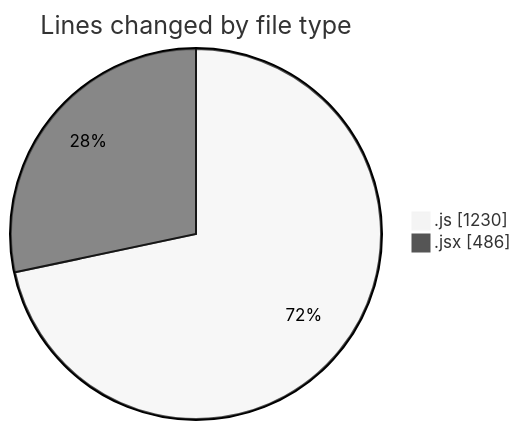
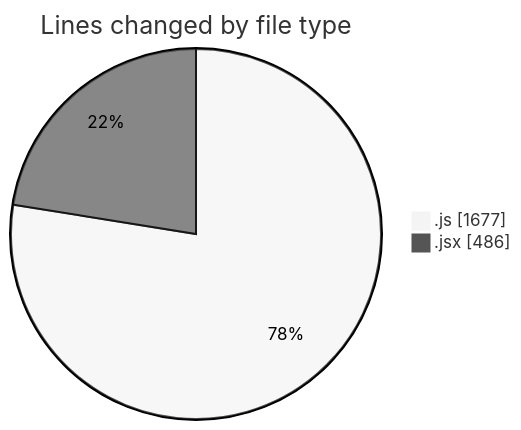
One commit to nxtqubesakshisongat/code-tracking changed the first of 2 diagrams in 2025-07-27/nxtqube_webapp/README.md. Above: the diagram before and after it, drawn with Mermaid (neutral theme). The commit also changed other lines of this file and 1 other file, not shown here.

````diff
--- a/2025-07-27/nxtqube_webapp/README.md
+++ b/2025-07-27/nxtqube_webapp/README.md
@@ -23,6 +23,6 @@
 ```mermaid
 pie showData
 title Lines changed by file type
-".js" : 1230
+".js" : 1677
 ".jsx" : 486
 ```
````
